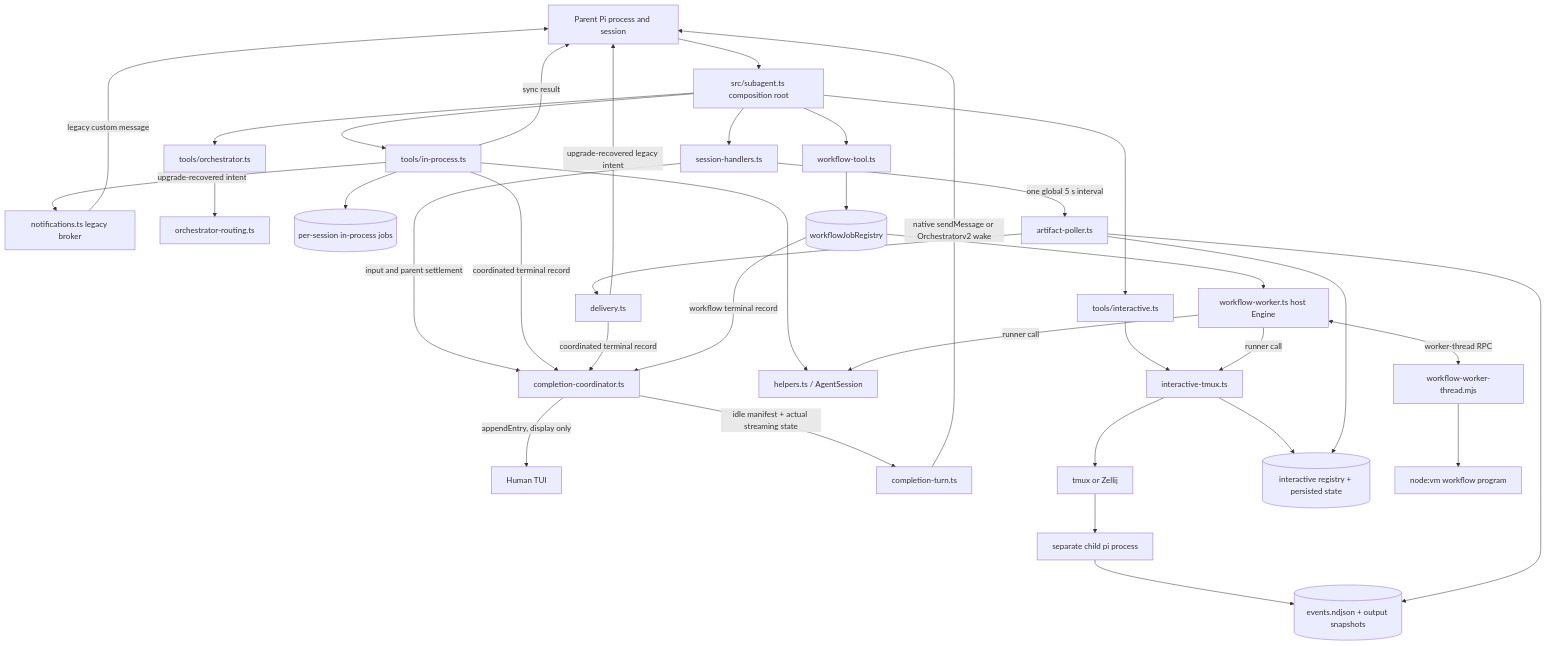
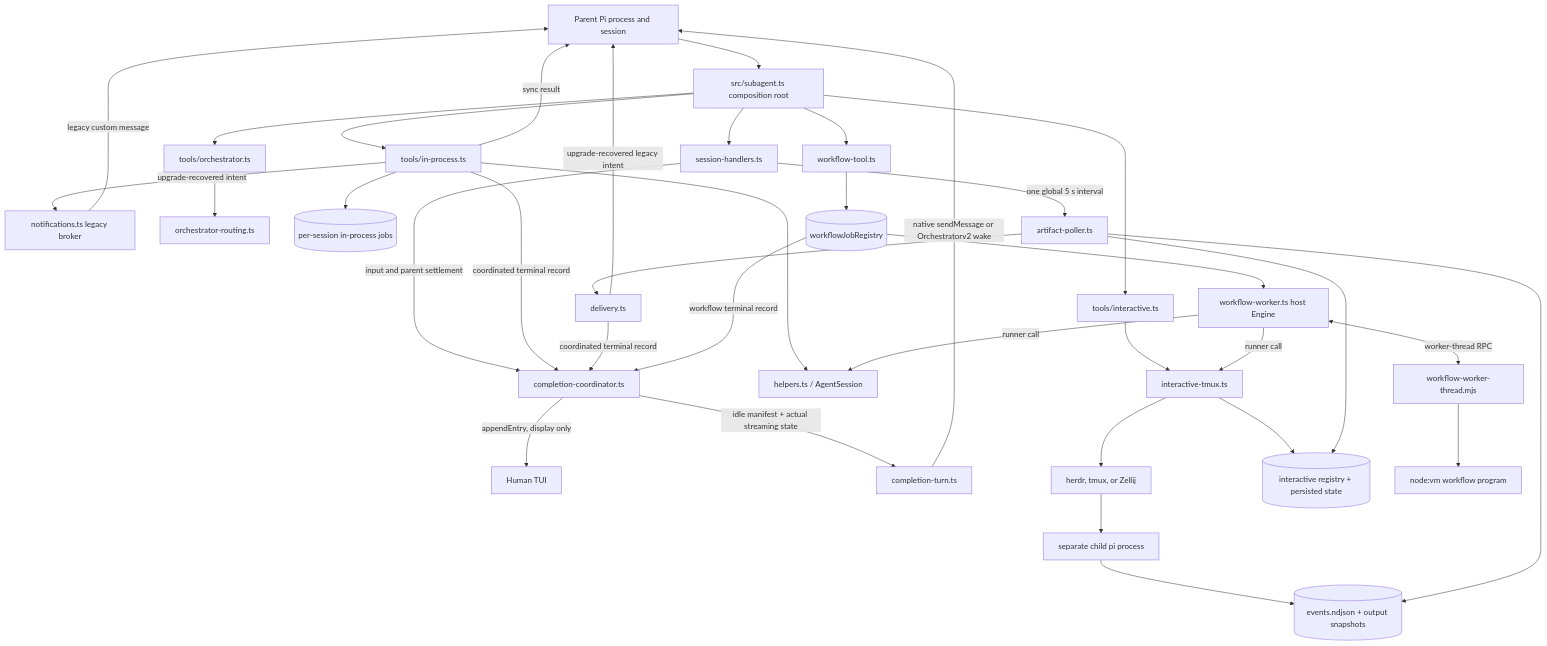
Before and after one commit to avi2d/pi-subagentura: the first of 8 diagrams in architecture.md, drawn with Mermaid. The commit also changed other lines of this file and 5 other files, not shown here.

````diff
--- a/architecture.md
+++ b/architecture.md
@@ -33,71 +33,71 @@
 ```mermaid
 flowchart TB
   Parent[Parent Pi process and session]
   Human[Human TUI]
   Root[src/subagent.ts composition root]
   Session[session-handlers.ts]
   Coordinator[completion-coordinator.ts]
   Turn[completion-turn.ts]
   Legacy[notifications.ts legacy broker]
   RouteTools[tools/orchestrator.ts]
   Routing[orchestrator-routing.ts]
 
   InTools[tools/in-process.ts]
   InKernel[helpers.ts / AgentSession]
   InJobs[(per-session in-process jobs)]
 
   IntTools[tools/interactive.ts]
   IntKernel[interactive-tmux.ts]
-  Mux[tmux or Zellij]
+  Mux[herdr, tmux, or Zellij]
   Child[separate child pi process]
   Artifacts[(events.ndjson + output snapshots)]
   IntJobs[(interactive registry + persisted state)]
   Poller[artifact-poller.ts]
   Delivery[delivery.ts]
 
   WfTools[workflow-tool.ts]
   WfJobs[(workflowJobRegistry)]
   Host[workflow-worker.ts host Engine]
   Worker[workflow-worker-thread.mjs]
   VM[node:vm workflow program]
 
   Parent --> Root
   Root --> Session
   Root --> InTools
   Root --> IntTools
   Root --> WfTools
   Root --> RouteTools
   RouteTools --> Routing
   Session -->|input and parent settlement| Coordinator
 
   InTools --> InKernel
   InTools --> InJobs
   InTools -->|coordinated terminal record| Coordinator
   InTools -->|upgrade-recovered intent| Legacy
   Legacy -->|legacy custom message| Parent
   InTools -->|sync result| Parent
 
   IntTools --> IntKernel
   IntKernel --> Mux
   Mux --> Child
   Child --> Artifacts
   IntKernel --> IntJobs
   Session -->|one global 5 s interval| Poller
   Poller --> Artifacts
   Poller --> IntJobs
   Poller --> Delivery
   Delivery -->|coordinated terminal record| Coordinator
   Delivery -->|upgrade-recovered legacy intent| Parent
 
   WfTools --> WfJobs
   WfJobs --> Host
   Host <-->|worker-thread RPC| Worker
   Worker --> VM
   Host -->|runner call| InKernel
   Host -->|runner call| IntKernel
   WfJobs -->|workflow terminal record| Coordinator
 
   Coordinator -->|appendEntry, display only| Human
   Coordinator -->|idle manifest + actual streaming state| Turn
   Turn -->|native sendMessage or Orchestratorv2 wake| Parent
 ```
````
